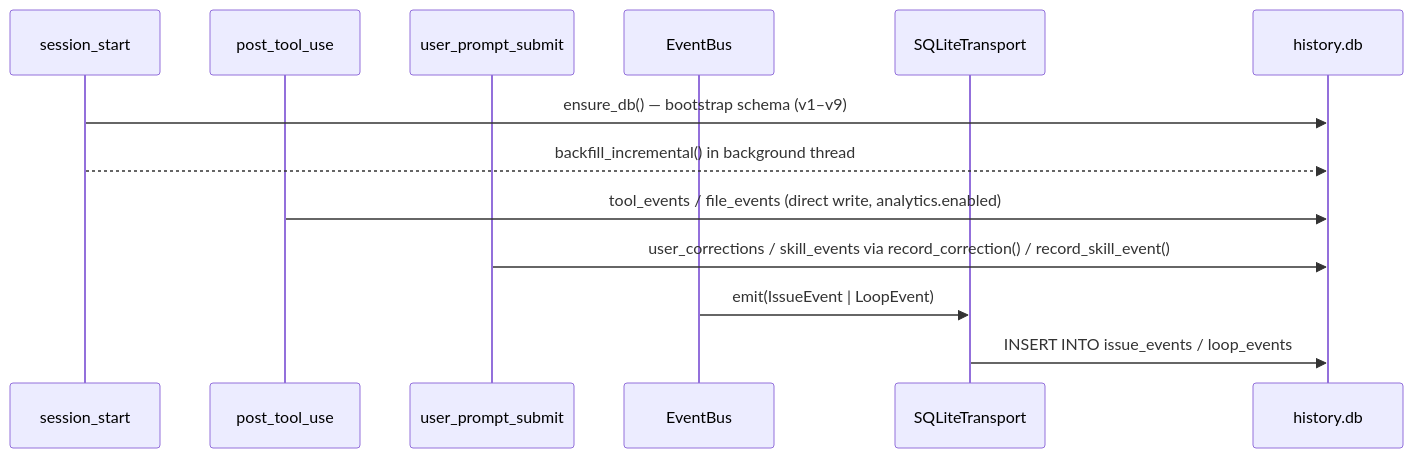
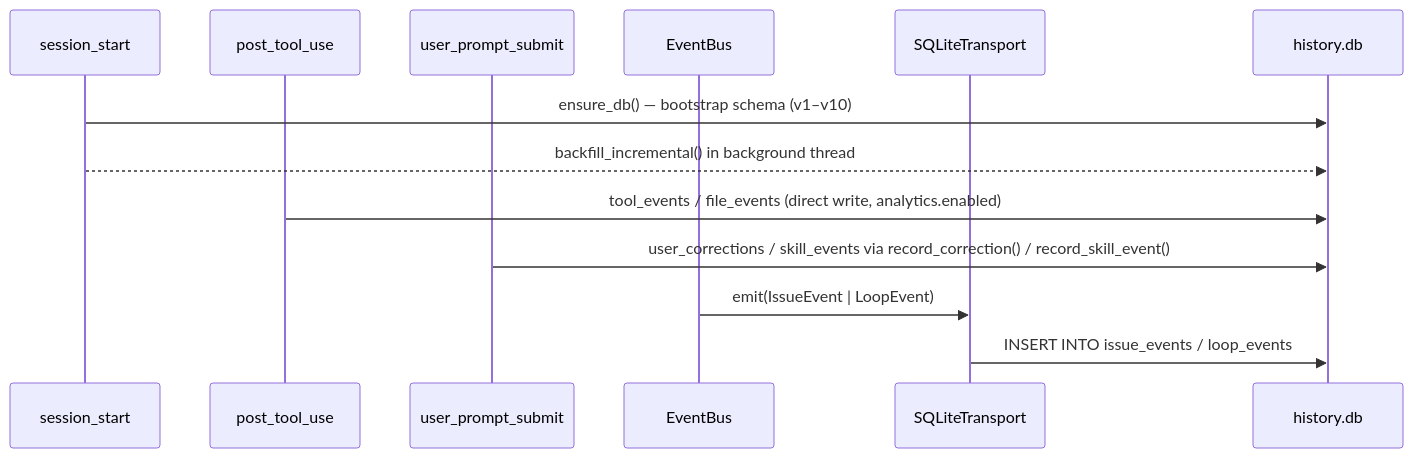
Before and after one commit to BrennonTWilliams/little-loops: the fifth of 16 diagrams in docs/ARCHITECTURE.md, drawn with Mermaid. The commit also changed other lines of this file and 16 other files, not shown here.

````diff
--- a/docs/ARCHITECTURE.md
+++ b/docs/ARCHITECTURE.md
@@ -597,16 +598,16 @@
 ```mermaid
 sequenceDiagram
     participant SS as session_start
     participant PTU as post_tool_use
     participant UPS as user_prompt_submit
     participant EB as EventBus
     participant ST as SQLiteTransport
     participant DB as history.db
 
-    SS->>DB: ensure_db() — bootstrap schema (v1–v9)
+    SS->>DB: ensure_db() — bootstrap schema (v1–v10)
     SS-->>DB: backfill_incremental() in background thread
     PTU->>DB: tool_events / file_events (direct write, analytics.enabled)
     UPS->>DB: user_corrections / skill_events via record_correction() / record_skill_event()
     EB->>ST: emit(IssueEvent | LoopEvent)
     ST->>DB: INSERT INTO issue_events / loop_events
 ```
````
